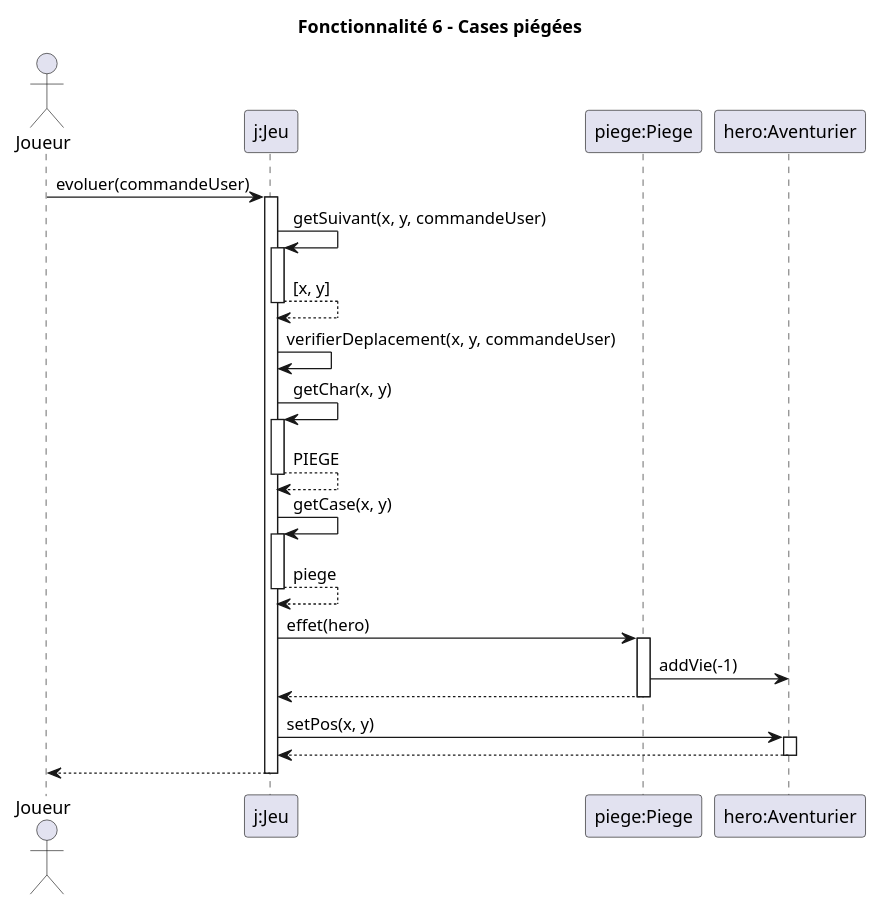
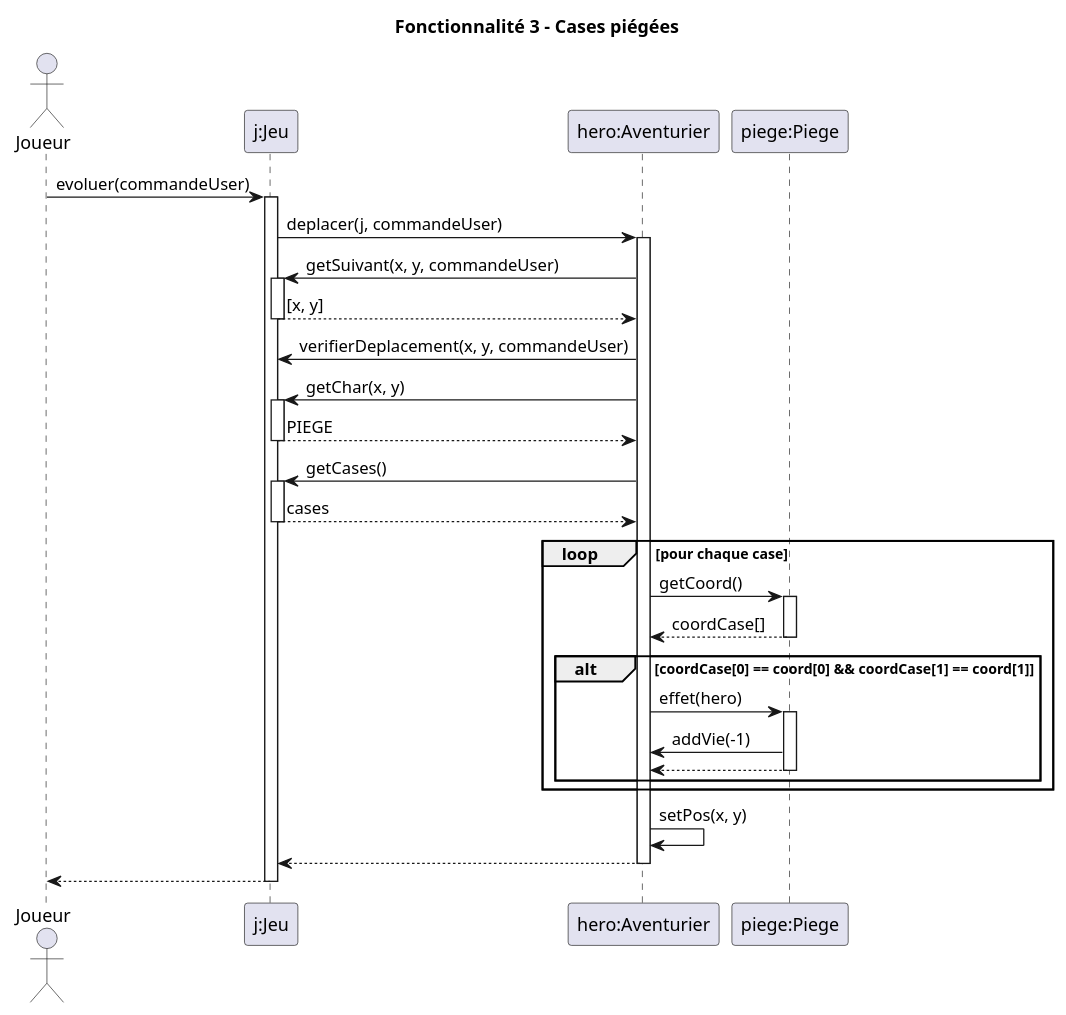
Before and after one commit to lucas-martinati-pro/SAE_S2.01_Zeldiablo-LucasM_JeanLM_PierreGSV: the diagram in documents/version_2/Diagrammes Séquence/Fonctionnalité 3.puml, drawn with PlantUML. The commit also changed 6 other files, not shown here.

Commit message:
add: Sol & refactor Jeu deplacer Perso

```diff
--- a/documents/version_2/Diagrammes Séquence/Fonctionnalité 3.puml
+++ b/documents/version_2/Diagrammes Séquence/Fonctionnalité 3.puml
@@ -1,44 +1,53 @@
 @startuml
-title Fonctionnalité 6 - Cases piégées
+title Fonctionnalité 3 - Cases piégées
 
 actor Joueur
 participant "j:Jeu" as Jeu
+participant "hero:Aventurier" as Hero
 participant "piege:Piege" as Piege
-participant "hero:Aventurier" as Hero
 
 Joueur -> Jeu : evoluer(commandeUser)
 activate Jeu
 
-Jeu -> Jeu : getSuivant(x, y, commandeUser)
+Jeu -> Hero : deplacer(j, commandeUser)
+activate Hero
+
+Hero -> Jeu : getSuivant(x, y, commandeUser)
 activate Jeu
-Jeu --> Jeu : [x, y]
+Jeu --> Hero : [x, y]
 deactivate Jeu
 
-Jeu -> Jeu : verifierDeplacement(x, y, commandeUser)
+Hero -> Jeu : verifierDeplacement(x, y, commandeUser)
 
-Jeu -> Jeu : getChar(x, y)
+Hero -> Jeu : getChar(x, y)
 activate Jeu
-Jeu --> Jeu : PIEGE
+Jeu --> Hero : PIEGE
 deactivate Jeu
 
-Jeu -> Jeu : getCase(x, y)
+Hero -> Jeu : getCases()
 activate Jeu
-Jeu --> Jeu : piege
+Jeu --> Hero : cases
 deactivate Jeu
 
-Jeu -> Piege : effet(hero)
-activate Piege
+loop pour chaque case
+    Hero -> Piege : getCoord()
+    activate Piege
+    Piege --> Hero : coordCase[]
+    deactivate Piege
+    alt coordCase[0] == coord[0] && coordCase[1] == coord[1]
+        Hero -> Piege : effet(hero)
+        activate Piege
+        Piege -> Hero : addVie(-1)
+        Piege --> Hero
+        deactivate Piege
+    end
+end
 
-Piege -> Hero : addVie(-1)
+Hero -> Hero : setPos(x, y)
 
-Piege --> Jeu
-deactivate Piege
-
-Jeu -> Hero : setPos(x, y)
-activate Hero
 Hero --> Jeu
 deactivate Hero
 
 Jeu --> Joueur
 deactivate Jeu
 @enduml
```
